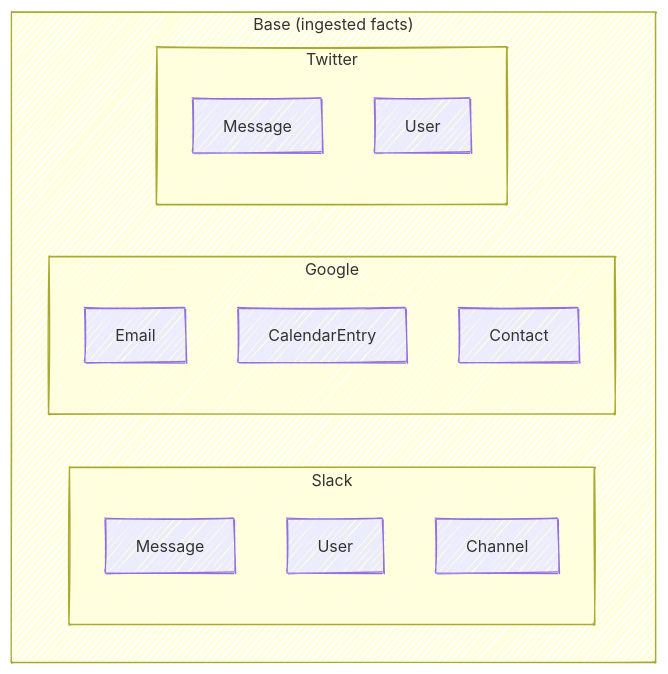
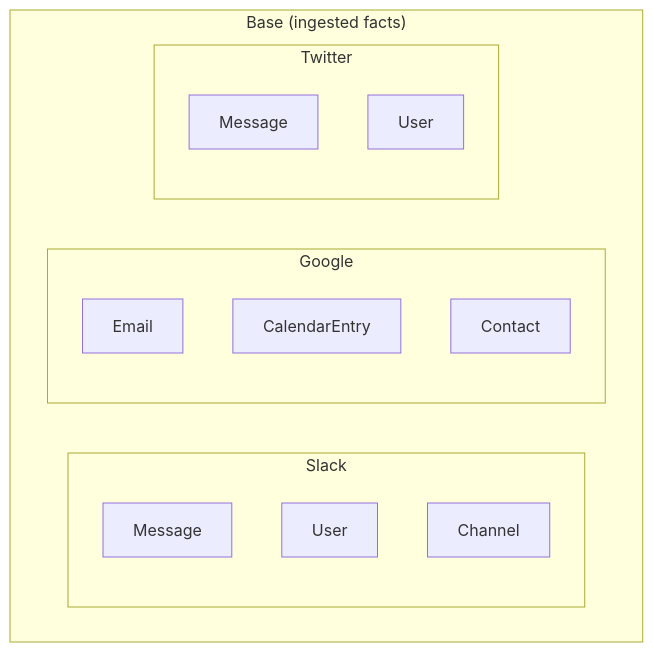
One commit to EternisAI/enchanted-twin changed the second of 3 diagrams in SOFTWARE_ARCHITECTURE.md. Above: the diagram before and after it, drawn with Mermaid. The commit also changed other lines of this file, not shown here.

Commit message:
Update color

````diff
--- a/SOFTWARE_ARCHITECTURE.md
+++ b/SOFTWARE_ARCHITECTURE.md
@@ -112,26 +112,24 @@
 ```mermaid
 ---
 config:
   layout: dagre
-  look: handDrawn
-  theme: light
 ---
 flowchart
     subgraph "Base (ingested facts)"
         subgraph Slack
             SMessage[Message]
             SUser[User]
             Channel
         end
         subgraph Google
             Email
             CalendarEntry
             Contact
         end
         subgraph Twitter
             TMessage[Message]
             TUser[User]
         end
     end
 
 ```
````
